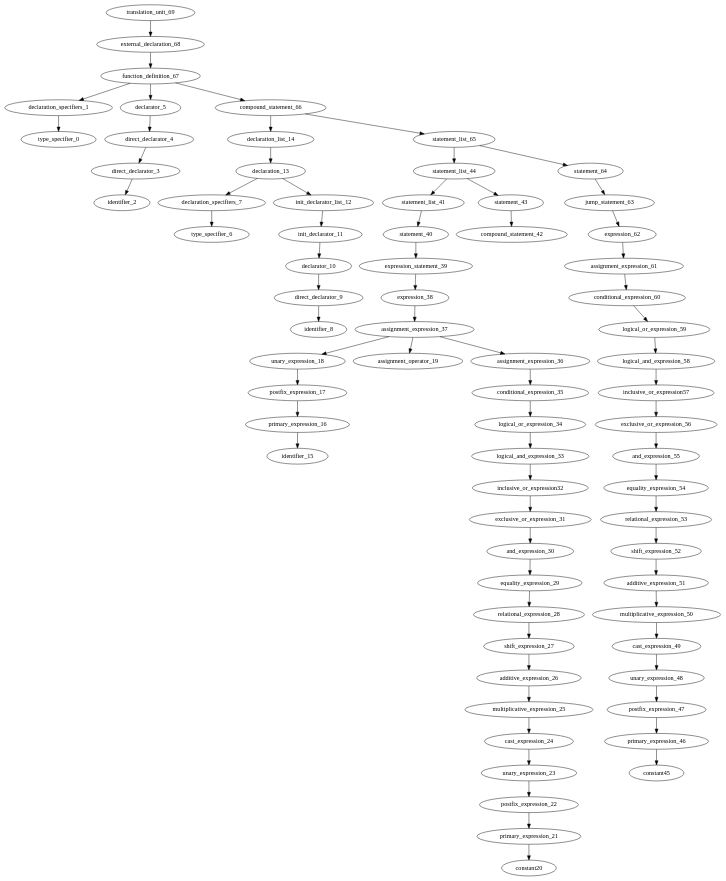
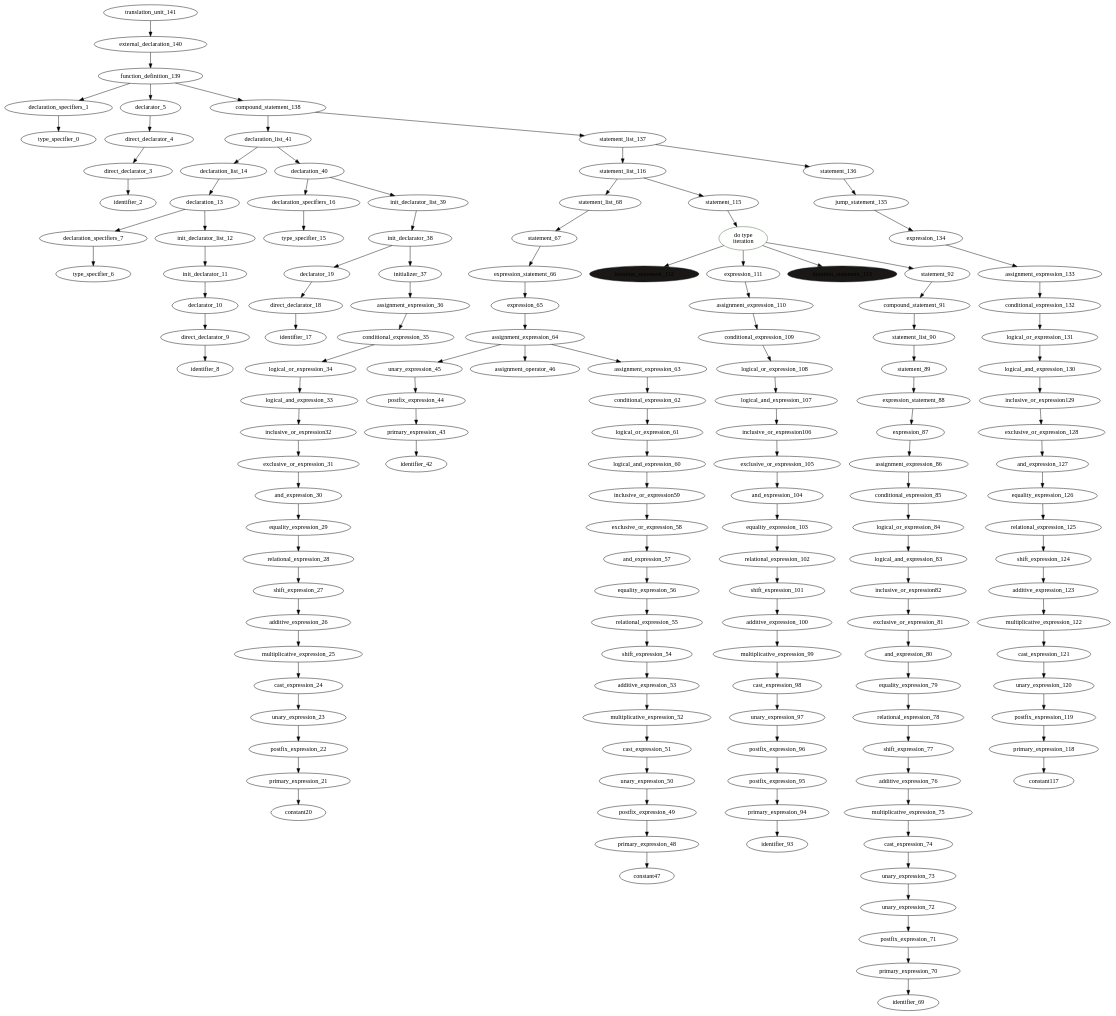
Before and after one commit to ahpalmerUNR/c_compiler: the diagram in graphs/default.gv, drawn with Graphviz. The commit also changed 9 other files, not shown here.

```diff
--- a/graphs/default.gv
+++ b/graphs/default.gv
@@ -1,71 +1,147 @@
 digraph AST {
-	translation_unit_69 -> external_declaration_68;
-	external_declaration_68 -> function_definition_67;
-	function_definition_67 -> declaration_specifiers_1;
+	translation_unit_141 -> external_declaration_140;
+	external_declaration_140 -> function_definition_139;
+	function_definition_139 -> declaration_specifiers_1;
 	declaration_specifiers_1 -> type_specifier_0;
-	function_definition_67 -> declarator_5;
+	function_definition_139 -> declarator_5;
 	declarator_5 -> direct_declarator_4;
 	direct_declarator_4 -> direct_declarator_3;
 	direct_declarator_3 -> identifier_2;
-	function_definition_67 -> compound_statement_66;
-	compound_statement_66 -> declaration_list_14;
+	function_definition_139 -> compound_statement_138;
+	compound_statement_138 -> declaration_list_41;
+	declaration_list_41 -> declaration_list_14;
 	declaration_list_14 -> declaration_13;
 	declaration_13 -> declaration_specifiers_7;
 	declaration_specifiers_7 -> type_specifier_6;
 	declaration_13 -> init_declarator_list_12;
 	init_declarator_list_12 -> init_declarator_11;
 	init_declarator_11 -> declarator_10;
 	declarator_10 -> direct_declarator_9;
 	direct_declarator_9 -> identifier_8;
-	compound_statement_66 -> statement_list_65;
-	statement_list_65 -> statement_list_44;
-	statement_list_44 -> statement_list_41;
-	statement_list_41 -> statement_40;
-	statement_40 -> expression_statement_39;
-	expression_statement_39 -> expression_38;
-	expression_38 -> assignment_expression_37;
-	assignment_expression_37 -> unary_expression_18;
-	unary_expression_18 -> postfix_expression_17;
-	postfix_expression_17 -> primary_expression_16;
-	primary_expression_16 -> identifier_15;
-	assignment_expression_37 -> assignment_operator_19;
-	assignment_expression_37 -> assignment_expression_36;
+	declaration_list_41 -> declaration_40;
+	declaration_40 -> declaration_specifiers_16;
+	declaration_specifiers_16 -> type_specifier_15;
+	declaration_40 -> init_declarator_list_39;
+	init_declarator_list_39 -> init_declarator_38;
+	init_declarator_38 -> declarator_19;
+	declarator_19 -> direct_declarator_18;
+	direct_declarator_18 -> identifier_17;
+	init_declarator_38 -> initializer_37;
+	initializer_37 -> assignment_expression_36;
 	assignment_expression_36 -> conditional_expression_35;
 	conditional_expression_35 -> logical_or_expression_34;
 	logical_or_expression_34 -> logical_and_expression_33;
 	logical_and_expression_33 -> inclusive_or_expression32;
 	inclusive_or_expression32 -> exclusive_or_expression_31;
 	exclusive_or_expression_31 -> and_expression_30;
 	and_expression_30 -> equality_expression_29;
 	equality_expression_29 -> relational_expression_28;
 	relational_expression_28 -> shift_expression_27;
 	shift_expression_27 -> additive_expression_26;
 	additive_expression_26 -> multiplicative_expression_25;
 	multiplicative_expression_25 -> cast_expression_24;
 	cast_expression_24 -> unary_expression_23;
 	unary_expression_23 -> postfix_expression_22;
 	postfix_expression_22 -> primary_expression_21;
 	primary_expression_21 -> constant20;
-	statement_list_44 -> statement_43;
-	statement_43 -> compound_statement_42;
-	statement_list_65 -> statement_64;
-	statement_64 -> jump_statement_63;
-	jump_statement_63 -> expression_62;
-	expression_62 -> assignment_expression_61;
-	assignment_expression_61 -> conditional_expression_60;
-	conditional_expression_60 -> logical_or_expression_59;
-	logical_or_expression_59 -> logical_and_expression_58;
-	logical_and_expression_58 -> inclusive_or_expression57;
-	inclusive_or_expression57 -> exclusive_or_expression_56;
-	exclusive_or_expression_56 -> and_expression_55;
-	and_expression_55 -> equality_expression_54;
-	equality_expression_54 -> relational_expression_53;
-	relational_expression_53 -> shift_expression_52;
-	shift_expression_52 -> additive_expression_51;
-	additive_expression_51 -> multiplicative_expression_50;
-	multiplicative_expression_50 -> cast_expression_49;
-	cast_expression_49 -> unary_expression_48;
-	unary_expression_48 -> postfix_expression_47;
-	postfix_expression_47 -> primary_expression_46;
-	primary_expression_46 -> constant45;
+	compound_statement_138 -> statement_list_137;
+	statement_list_137 -> statement_list_116;
+	statement_list_116 -> statement_list_68;
+	statement_list_68 -> statement_67;
+	statement_67 -> expression_statement_66;
+	expression_statement_66 -> expression_65;
+	expression_65 -> assignment_expression_64;
+	assignment_expression_64 -> unary_expression_45;
+	unary_expression_45 -> postfix_expression_44;
+	postfix_expression_44 -> primary_expression_43;
+	primary_expression_43 -> identifier_42;
+	assignment_expression_64 -> assignment_operator_46;
+	assignment_expression_64 -> assignment_expression_63;
+	assignment_expression_63 -> conditional_expression_62;
+	conditional_expression_62 -> logical_or_expression_61;
+	logical_or_expression_61 -> logical_and_expression_60;
+	logical_and_expression_60 -> inclusive_or_expression59;
+	inclusive_or_expression59 -> exclusive_or_expression_58;
+	exclusive_or_expression_58 -> and_expression_57;
+	and_expression_57 -> equality_expression_56;
+	equality_expression_56 -> relational_expression_55;
+	relational_expression_55 -> shift_expression_54;
+	shift_expression_54 -> additive_expression_53;
+	additive_expression_53 -> multiplicative_expression_52;
+	multiplicative_expression_52 -> cast_expression_51;
+	cast_expression_51 -> unary_expression_50;
+	unary_expression_50 -> postfix_expression_49;
+	postfix_expression_49 -> primary_expression_48;
+	primary_expression_48 -> constant47;
+	statement_list_116 -> statement_115;
+	statement_115 -> iteration_statement_114;
+iteration_statement_114 [label="do type
+iteration",color="0.3 0.4 0.4"]
+	iteration_statement_114 -> iteration_statement_112;
+iteration_statement_112 [style=filled,color="0.1 0.1 0.1"]
+	iteration_statement_114 -> expression_111;
+	expression_111 -> assignment_expression_110;
+	assignment_expression_110 -> conditional_expression_109;
+	conditional_expression_109 -> logical_or_expression_108;
+	logical_or_expression_108 -> logical_and_expression_107;
+	logical_and_expression_107 -> inclusive_or_expression106;
+	inclusive_or_expression106 -> exclusive_or_expression_105;
+	exclusive_or_expression_105 -> and_expression_104;
+	and_expression_104 -> equality_expression_103;
+	equality_expression_103 -> relational_expression_102;
+	relational_expression_102 -> shift_expression_101;
+	shift_expression_101 -> additive_expression_100;
+	additive_expression_100 -> multiplicative_expression_99;
+	multiplicative_expression_99 -> cast_expression_98;
+	cast_expression_98 -> unary_expression_97;
+	unary_expression_97 -> postfix_expression_96;
+	postfix_expression_96 -> postfix_expression_95;
+	postfix_expression_95 -> primary_expression_94;
+	primary_expression_94 -> identifier_93;
+	iteration_statement_114 -> iteration_statement_113;
+iteration_statement_113 [style=filled,color="0.1 0.1 0.1"]
+	iteration_statement_114 -> statement_92;
+	statement_92 -> compound_statement_91;
+	compound_statement_91 -> statement_list_90;
+	statement_list_90 -> statement_89;
+	statement_89 -> expression_statement_88;
+	expression_statement_88 -> expression_87;
+	expression_87 -> assignment_expression_86;
+	assignment_expression_86 -> conditional_expression_85;
+	conditional_expression_85 -> logical_or_expression_84;
+	logical_or_expression_84 -> logical_and_expression_83;
+	logical_and_expression_83 -> inclusive_or_expression82;
+	inclusive_or_expression82 -> exclusive_or_expression_81;
+	exclusive_or_expression_81 -> and_expression_80;
+	and_expression_80 -> equality_expression_79;
+	equality_expression_79 -> relational_expression_78;
+	relational_expression_78 -> shift_expression_77;
+	shift_expression_77 -> additive_expression_76;
+	additive_expression_76 -> multiplicative_expression_75;
+	multiplicative_expression_75 -> cast_expression_74;
+	cast_expression_74 -> unary_expression_73;
+	unary_expression_73 -> unary_expression_72;
+	unary_expression_72 -> postfix_expression_71;
+	postfix_expression_71 -> primary_expression_70;
+	primary_expression_70 -> identifier_69;
+	statement_list_137 -> statement_136;
+	statement_136 -> jump_statement_135;
+	jump_statement_135 -> expression_134;
+	expression_134 -> assignment_expression_133;
+	assignment_expression_133 -> conditional_expression_132;
+	conditional_expression_132 -> logical_or_expression_131;
+	logical_or_expression_131 -> logical_and_expression_130;
+	logical_and_expression_130 -> inclusive_or_expression129;
+	inclusive_or_expression129 -> exclusive_or_expression_128;
+	exclusive_or_expression_128 -> and_expression_127;
+	and_expression_127 -> equality_expression_126;
+	equality_expression_126 -> relational_expression_125;
+	relational_expression_125 -> shift_expression_124;
+	shift_expression_124 -> additive_expression_123;
+	additive_expression_123 -> multiplicative_expression_122;
+	multiplicative_expression_122 -> cast_expression_121;
+	cast_expression_121 -> unary_expression_120;
+	unary_expression_120 -> postfix_expression_119;
+	postfix_expression_119 -> primary_expression_118;
+	primary_expression_118 -> constant117;
 }
```
